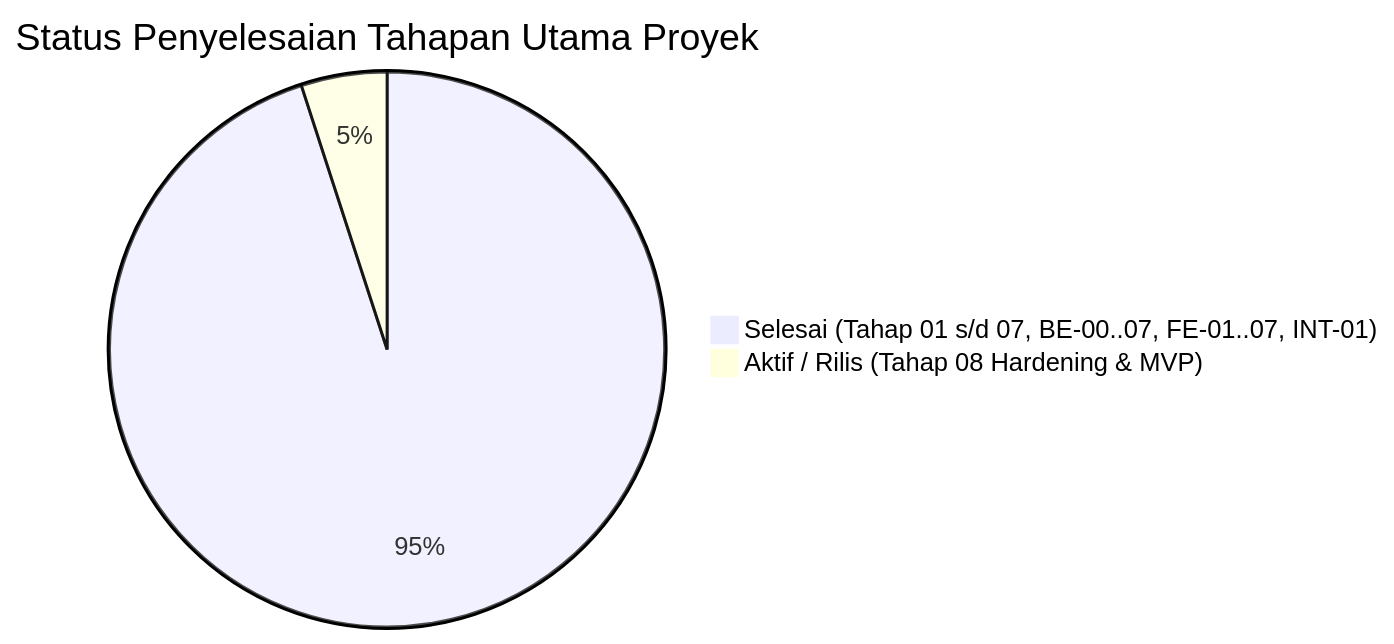
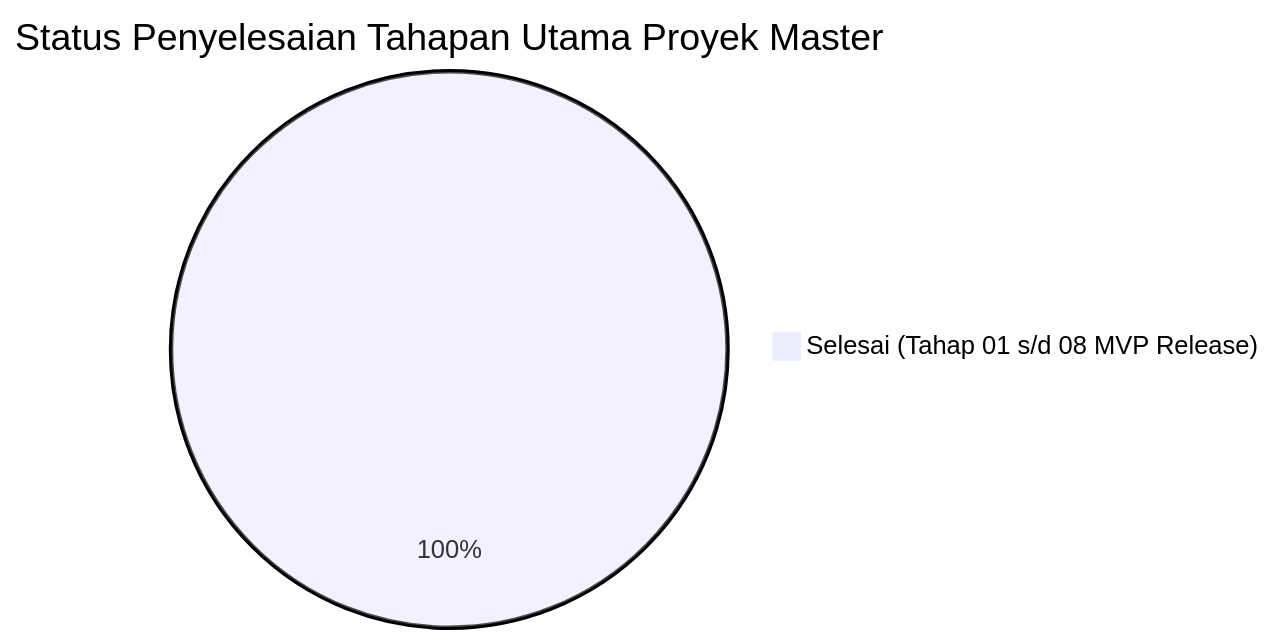
The diagram in Docs/Task_Status.md (useripx/scratch_ardena), drawn with Mermaid before and after one commit. The commit also changed other lines of this file and 10 other files, not shown here.

Commit message:
feat(release): STAGE-08 Hardening, UAT test suite (143/143 tests pass), and official v1.0.0 MVP release

````diff
--- a/Docs/Task_Status.md
+++ b/Docs/Task_Status.md
@@ -11,5 +11,4 @@
 ```mermaid
-pie title Status Penyelesaian Tahapan Utama Proyek
-    "Selesai (Tahap 01 s/d 07, BE-00..07, FE-01..07, INT-01)" : 95
-    "Aktif / Rilis (Tahap 08 Hardening & MVP)" : 5
+pie title Status Penyelesaian Tahapan Utama Proyek Master
+    "Selesai (Tahap 01 s/d 08 MVP Release)" : 100
 ```
````
